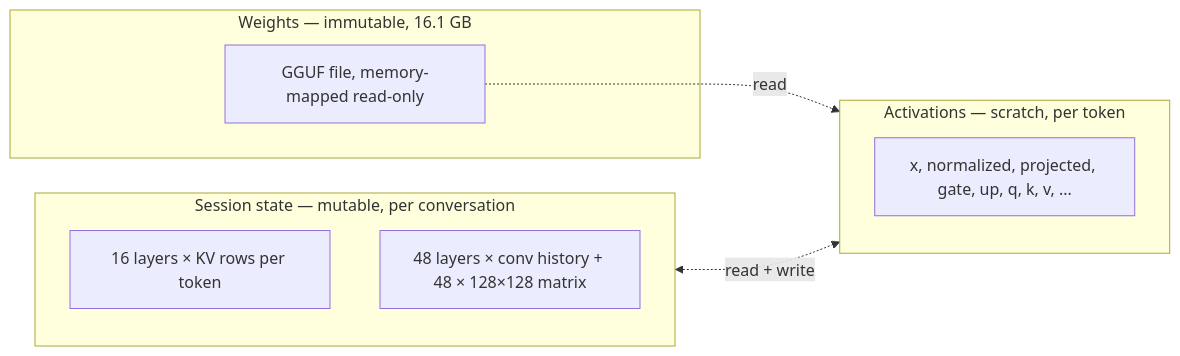
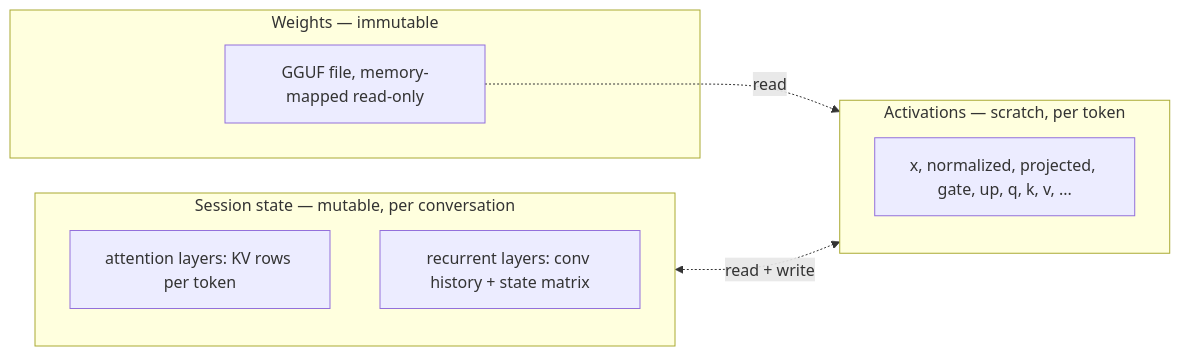
The third of 10 diagrams in docs/architecture.md (tildaslashalef/nuclis), drawn with Mermaid before and after one commit. The commit also changed other lines of this file and 1 other file, not shown here.

Commit message:
docs(repo): the architecture guide as a map: tables, bullets, and pointers, no identifiers in prose (REPO-12)

````diff
--- a/docs/architecture.md
+++ b/docs/architecture.md
@@ -162,15 +148,15 @@
 ```mermaid
 flowchart LR
-    subgraph W [Weights — immutable, 16.1 GB]
+    subgraph W [Weights — immutable]
         file[GGUF file, memory-mapped read-only]
     end
     subgraph S [Session state — mutable, per conversation]
-        kv[16 layers × KV rows per token]
-        rec[48 layers × conv history + 48 × 128×128 matrix]
+        kv[attention layers: KV rows per token]
+        rec[recurrent layers: conv history + state matrix]
     end
     subgraph A [Activations — scratch, per token]
         x[x, normalized, projected, gate, up, q, k, v, ...]
     end
     file -. read .-> A
     S <-. read + write .-> A
 ```
````
